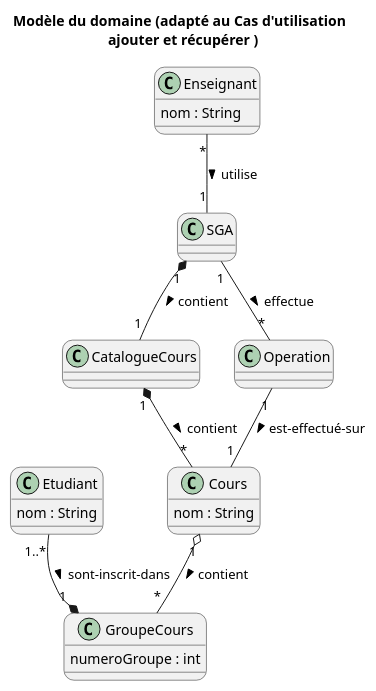
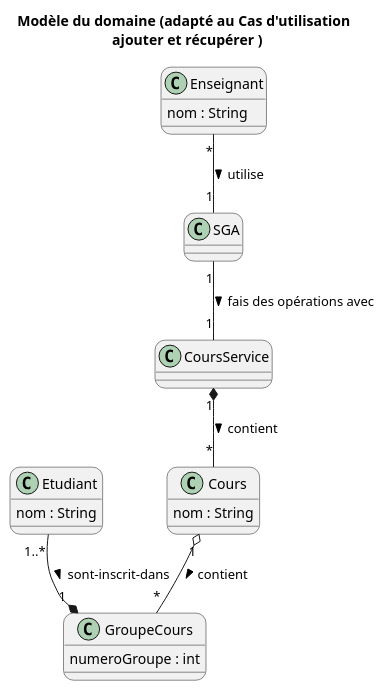
Before and after one commit to nerdz88/SGA-TS: the diagram in docs/modeles/mdd.puml, drawn with PlantUML. The commit also changed 1 other file, not shown here.

```diff
--- a/docs/modeles/mdd.puml
+++ b/docs/modeles/mdd.puml
@@ -1,43 +1,36 @@
 @startuml MDD
 skinparam defaultfontname Verdana
 skinparam RoundCorner 20
 
 title Modèle du domaine (adapté au Cas d'utilisation \n ajouter et récupérer )
 
-class CatalogueCours {
+class CoursService {
 
 }
 
 class Cours {
     nom : String
 }
 
 class GroupeCours {
     numeroGroupe : int
 }
 
 class Enseignant {
     nom : String
 }
 
 class SGA {
 
 }
 
-class Operation {
-
-}
-
 class Etudiant {
     nom : String
 }
 
-SGA"1" *-- "1"CatalogueCours : contient >
-Etudiant"1..*" --* "1"GroupeCours : sont-inscrit-dans >
-Cours"1" o-- "*"GroupeCours : contient >
-CatalogueCours"1" *-- "*"Cours : contient >
-Enseignant"*" -- "1"SGA : utilise >
-Operation"1" -- "1"Cours : est-effectué-sur >
-SGA"1" -- "*"Operation : effectue >
-
+SGA "1" -- "1"CoursService : fais des opérations avec >
+Etudiant "1..*" --* "1"GroupeCours : sont-inscrit-dans >
+Cours "1" o-- "*"GroupeCours : contient >
+CoursService "1" *-- "*"Cours : contient >
+Enseignant "*" -- "1"SGA : utilise >
 @enduml
```
